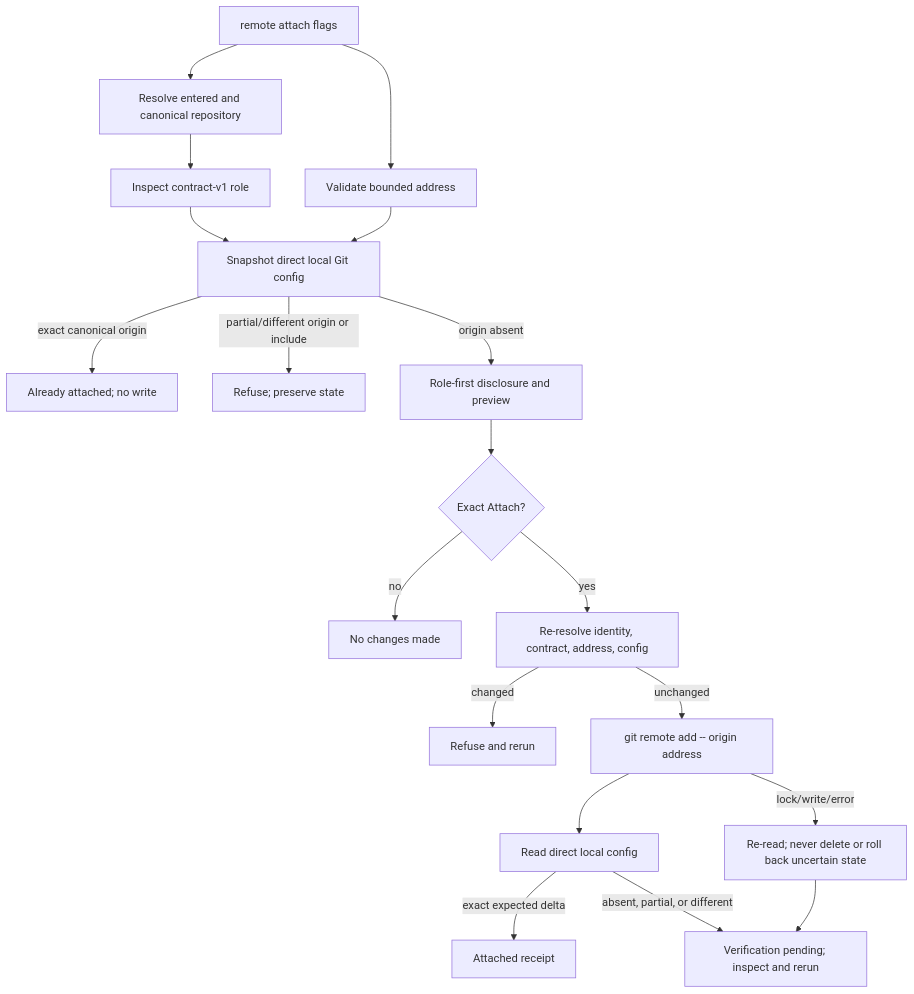
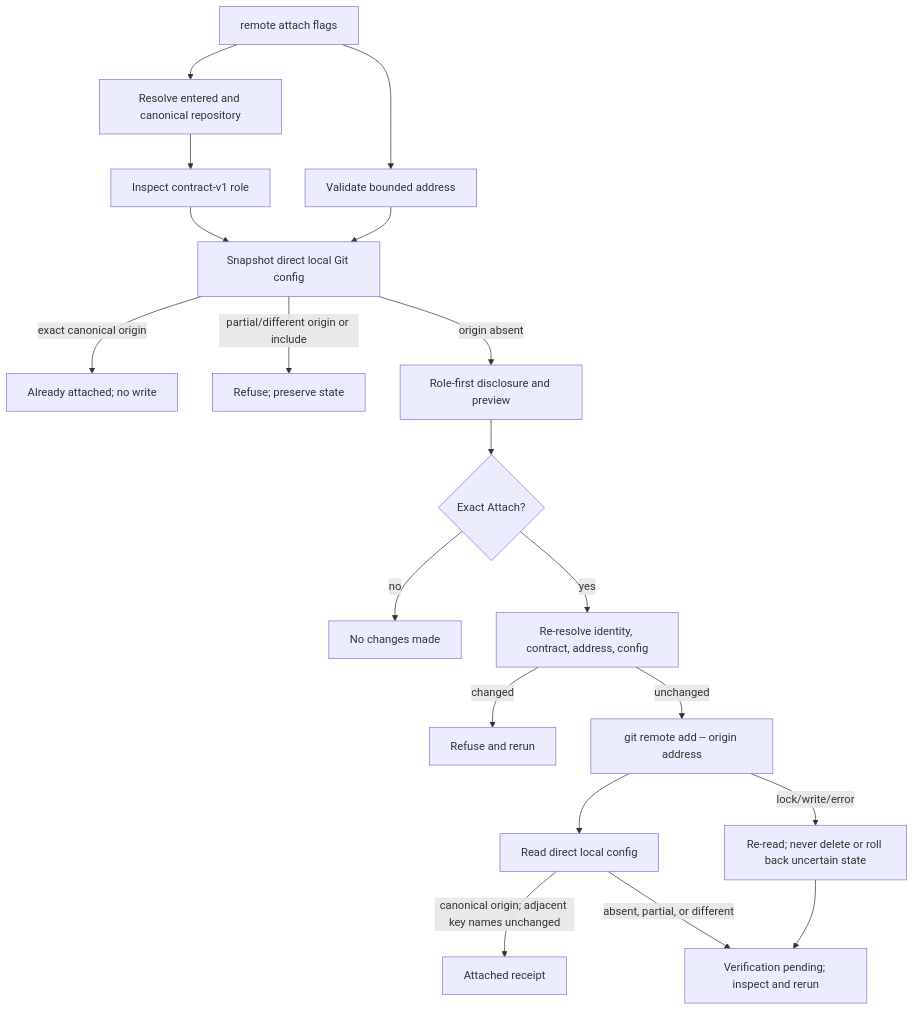
Before and after one commit to acoz-labs/my-friday: the diagram in docs/plans/7-attach-generic-remote/03-design.md, drawn with Mermaid. The commit also changed other lines of this file and 2 other files, not shown here.

````diff
--- a/docs/plans/7-attach-generic-remote/03-design.md
+++ b/docs/plans/7-attach-generic-remote/03-design.md
@@ -5,21 +5,21 @@
 ```mermaid
 flowchart TD
   CLI[remote attach flags] --> ADDR[Validate bounded address]
   CLI --> PATH[Resolve entered and canonical repository]
   PATH --> CONTRACT[Inspect contract-v1 role]
   CONTRACT --> SNAP[Snapshot direct local Git config]
   ADDR --> SNAP
   SNAP -->|exact canonical origin| ALREADY[Already attached; no write]
   SNAP -->|partial/different origin or include| COLLIDE[Refuse; preserve state]
   SNAP -->|origin absent| PREVIEW[Role-first disclosure and preview]
   PREVIEW --> CONFIRM{Exact Attach?}
   CONFIRM -->|no| EXIT[No changes made]
   CONFIRM -->|yes| RECHECK[Re-resolve identity, contract, address, config]
   RECHECK -->|changed| RACE[Refuse and rerun]
   RECHECK -->|unchanged| GIT[git remote add -- origin address]
   GIT --> READBACK[Read direct local config]
-  READBACK -->|exact expected delta| RECEIPT[Attached receipt]
+  READBACK -->|canonical origin; adjacent key names unchanged| RECEIPT[Attached receipt]
   READBACK -->|absent, partial, or different| PENDING[Verification pending; inspect and rerun]
   GIT -->|lock/write/error| DIAG[Re-read; never delete or roll back uncertain state]
   DIAG --> PENDING
 ```
````
